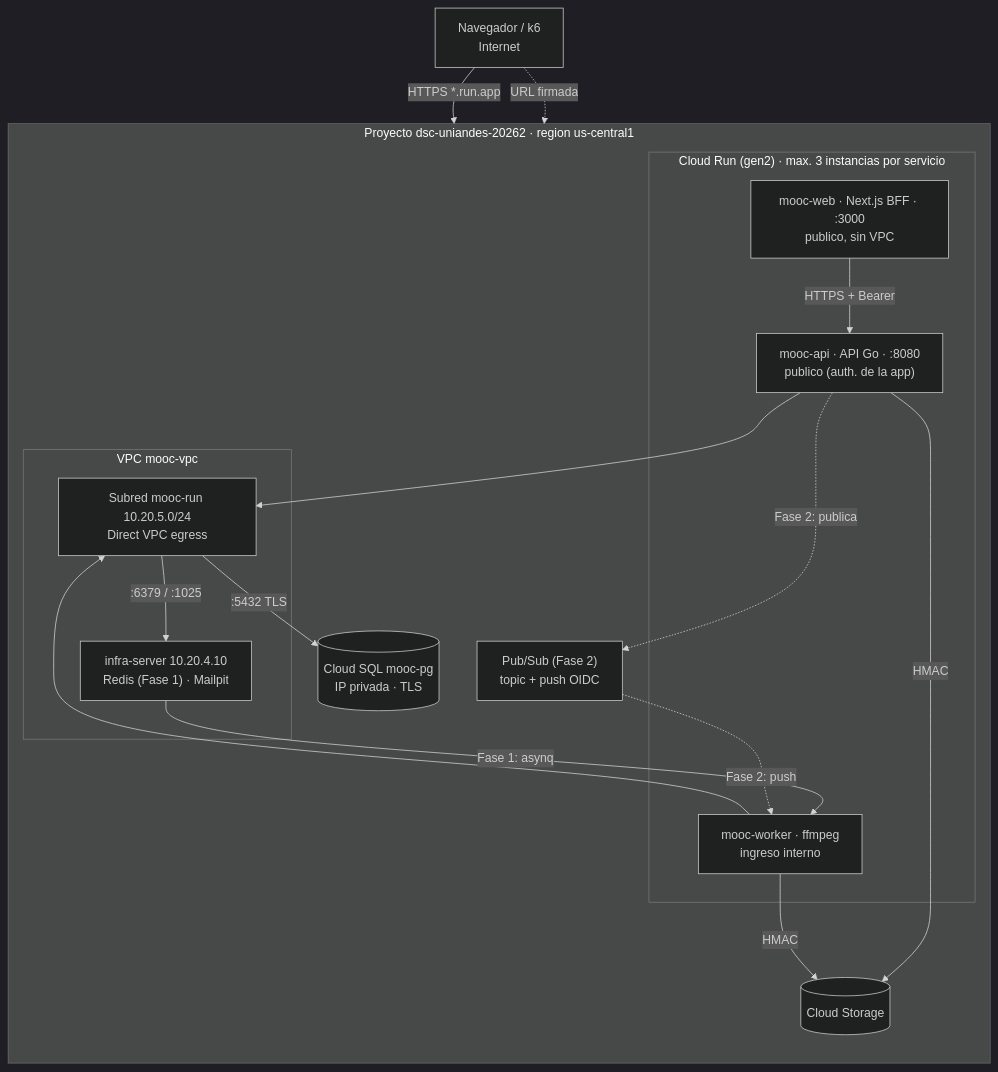
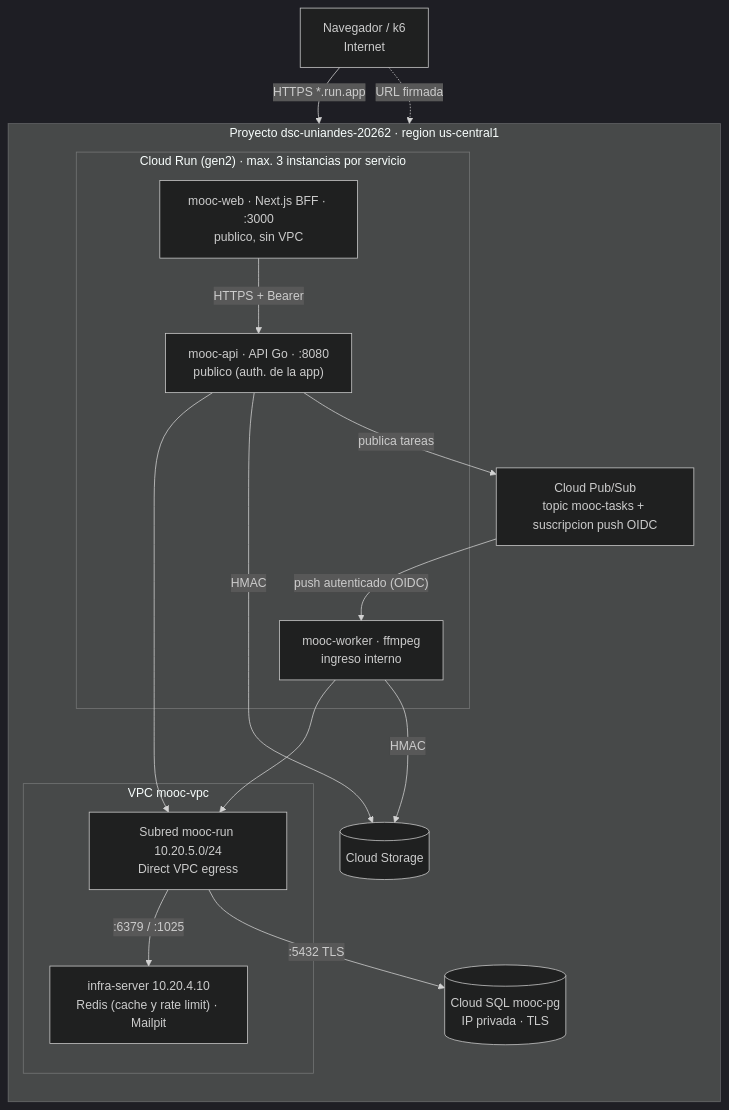
Before and after one commit to esanto92/Platform-MOOC-Cloud: the second of 2 diagrams in docs/entrega4/arquitectura.md, drawn with Mermaid (dark theme). The commit also changed other lines of this file and 3 other files, not shown here.

First line of the commit message:
docs(entrega4): alinear documentacion con el estado desplegado de Pub/Sub

````diff
--- a/docs/entrega4/arquitectura.md
+++ b/docs/entrega4/arquitectura.md
@@ -99,31 +102,30 @@
 ```mermaid
 flowchart TB
     user["Navegador / k6<br>Internet"]
     subgraph gcp["Proyecto dsc-uniandes-20262 · region us-central1"]
         direction TB
         subgraph run["Cloud Run (gen2) · max. 3 instancias por servicio"]
             web["mooc-web · Next.js BFF · :3000<br>publico, sin VPC"]
             api["mooc-api · API Go · :8080<br>publico (auth. de la app)"]
             wrk["mooc-worker · ffmpeg<br>ingreso interno"]
         end
-        ps["Pub/Sub (Fase 2)<br>topic + push OIDC"]
+        ps["Cloud Pub/Sub<br>topic mooc-tasks + suscripcion push OIDC"]
         subgraph vpc["VPC mooc-vpc"]
             egress["Subred mooc-run 10.20.5.0/24<br>Direct VPC egress"]
-            infra["infra-server 10.20.4.10<br>Redis (Fase 1) · Mailpit"]
+            infra["infra-server 10.20.4.10<br>Redis (cache y rate limit) · Mailpit"]
         end
         sql[("Cloud SQL mooc-pg<br>IP privada · TLS")]
         gcs[("Cloud Storage")]
     end
     user -- "HTTPS *.run.app" --> web
     user -. "URL firmada" .-> gcs
     web -- "HTTPS + Bearer" --> api
     api --> egress
     wrk --> egress
     egress -- ":6379 / :1025" --> infra
     egress -- ":5432 TLS" --> sql
     api -- "HMAC" --> gcs
     wrk -- "HMAC" --> gcs
-    infra -- "Fase 1: asynq" --> wrk
-    api -. "Fase 2: publica" .-> ps
-    ps -. "Fase 2: push" .-> wrk
+    api -- "publica tareas" --> ps
+    ps -- "push autenticado (OIDC)" --> wrk
 ```
````
